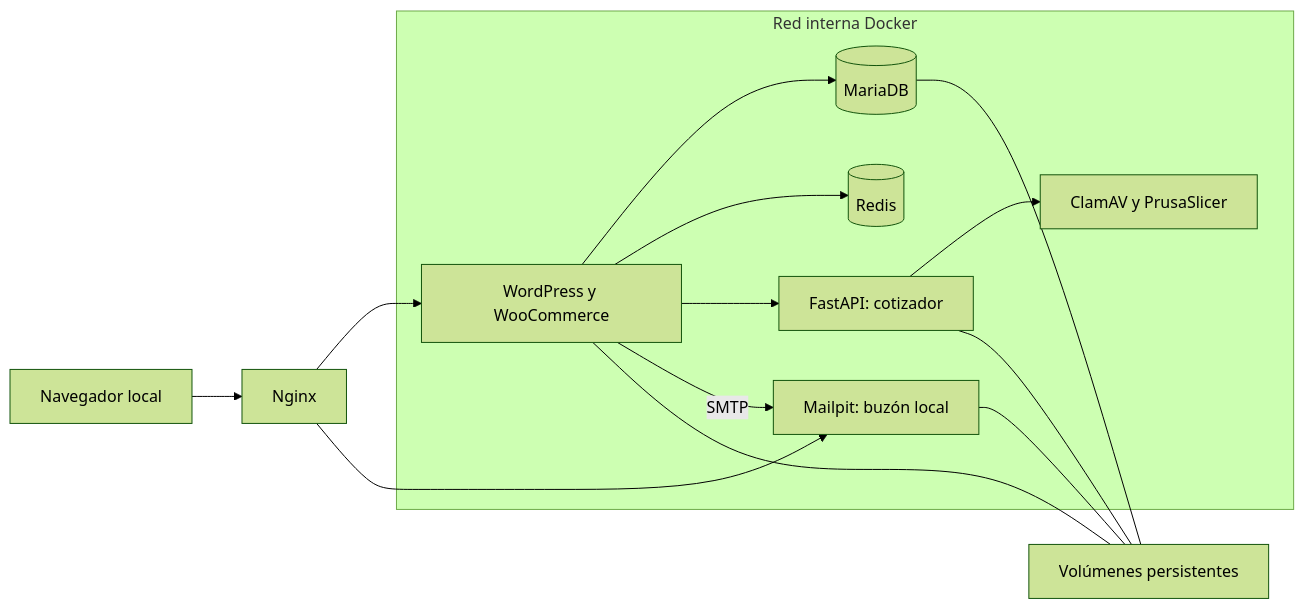
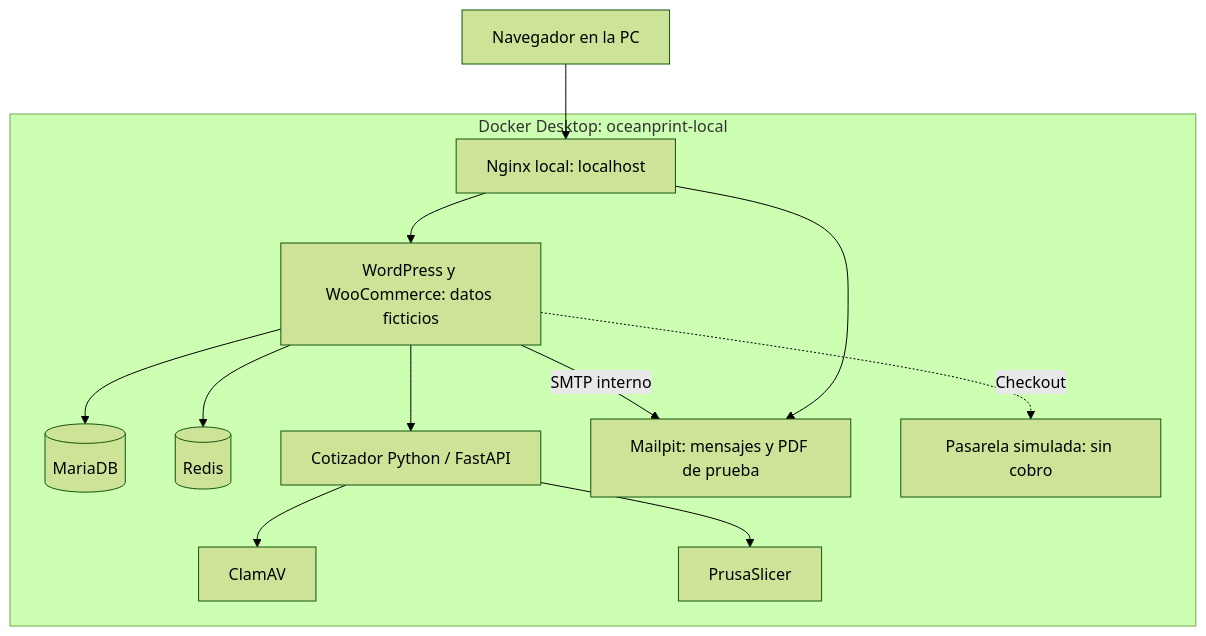
Before and after one commit to Eliasxgg/caso-ecommerce-3d: the second of 2 diagrams in docs/ARQUITECTURA.md, drawn with Mermaid (forest theme). The commit also changed other lines of this file and 5 other files, not shown here.

Commit message:
Prioritize original VPS architecture and incorporate academic context

````diff
--- a/docs/ARQUITECTURA.md
+++ b/docs/ARQUITECTURA.md
@@ -52,17 +86,15 @@
 ```mermaid
-flowchart LR
-    A[Navegador local] --> B[Nginx]
-    B --> C[WordPress y WooCommerce]
-    B --> H[Mailpit: buzón local]
-    subgraph Interna[Red interna Docker]
-      C --> D[(MariaDB)]
-      C --> E[(Redis)]
-      C --> F[FastAPI: cotizador]
-      F --> G[ClamAV y PrusaSlicer]
-      C -->|SMTP| H
+flowchart TD
+    PC["Navegador en la PC"] --> WEB["Nginx local: localhost"]
+    subgraph DOCKER["Docker Desktop: oceanprint-local"]
+      WEB --> WP["WordPress y WooCommerce: datos ficticios"]
+      WP --> DB[(MariaDB)]
+      WP --> CACHE[(Redis)]
+      WP --> API["Cotizador Python / FastAPI"]
+      API --> AV["ClamAV"]
+      API --> SLICE["PrusaSlicer"]
+      WP -->|SMTP interno| MAIL["Mailpit: mensajes y PDF de prueba"]
+      WP -. "Checkout" .-> PAGO["Pasarela simulada: sin cobro"]
+      WEB --> MAIL
     end
-    D --- V[Volúmenes persistentes]
-    C --- V
-    F --- V
-    H --- V
 ```
````
